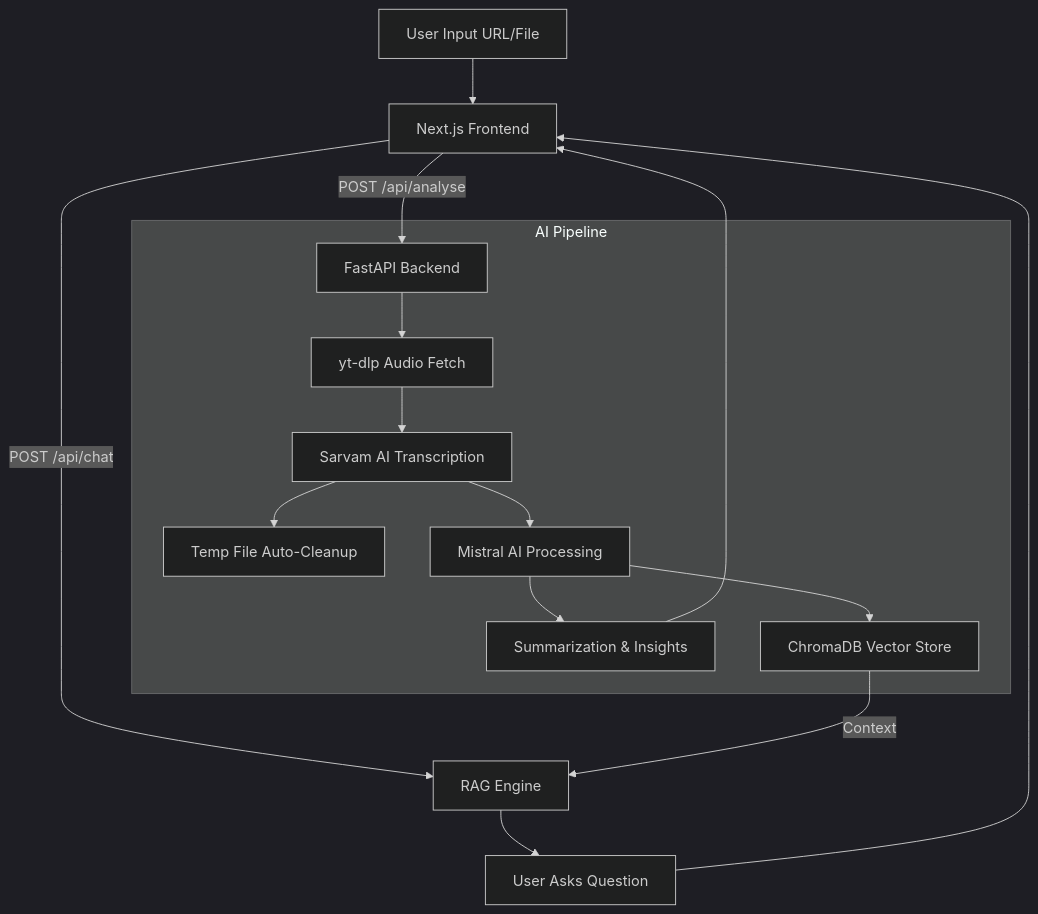
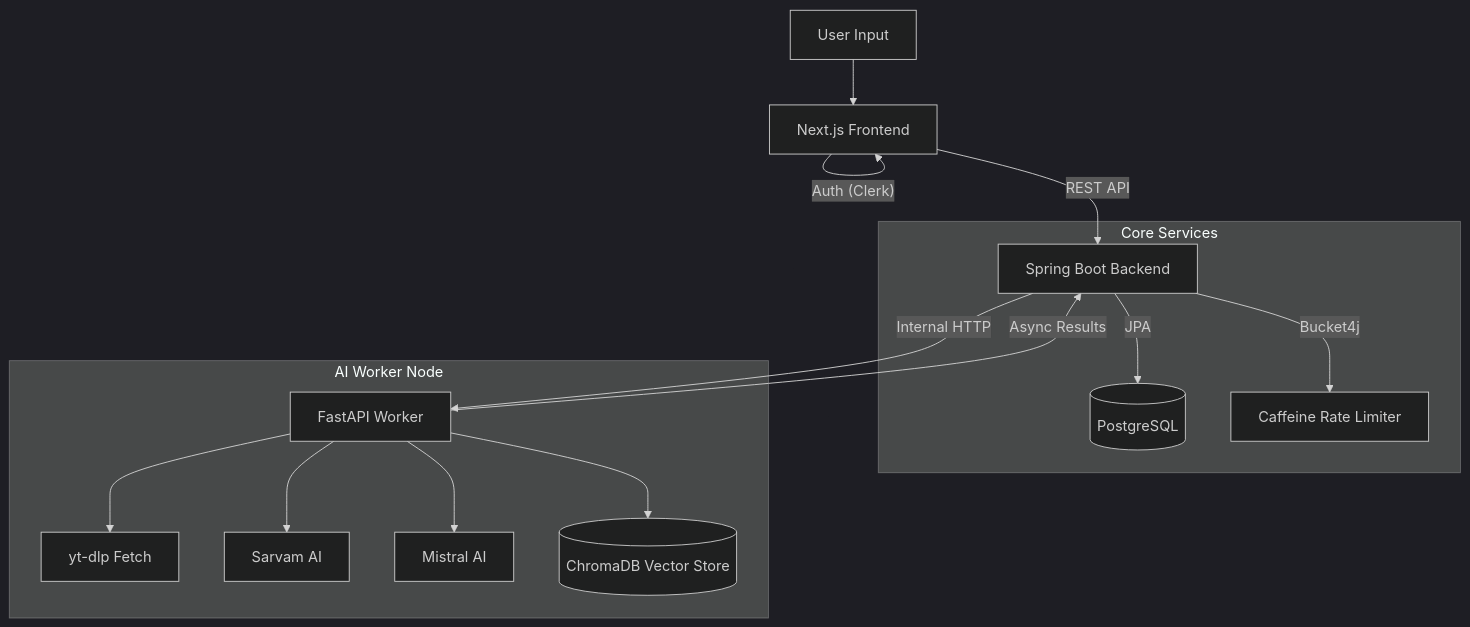
The diagram in README.md (ahadlari/AI-Video-Assistant), drawn with Mermaid (dark theme) before and after one commit. The commit also changed other lines of this file and 40 other files, not shown here.

Commit message:
Added Spring Boot backend, Clerk Auth, and new UI

````diff
--- a/README.md
+++ b/README.md
@@ -25,21 +22,21 @@
 ```mermaid
 graph TD;
-    User[User Input URL/File] --> NextJS[Next.js Frontend]
-    NextJS -- POST /api/analyse --> FastAPI[FastAPI Backend]
+    User[User Input] --> NextJS[Next.js Frontend]
+    NextJS -- "Auth (Clerk)" --> NextJS
+    NextJS -- "REST API" --> SpringBoot[Spring Boot Backend]
     
-    subgraph AI Pipeline
-    FastAPI --> Download[yt-dlp Audio Fetch]
-    Download --> Transcribe[Sarvam AI Transcription]
-    Transcribe --> Delete[Temp File Auto-Cleanup]
-    Transcribe --> Mistral[Mistral AI Processing]
-    Mistral --> Summary[Summarization & Insights]
-    Mistral --> Chroma[ChromaDB Vector Store]
+    subgraph Core Services
+    SpringBoot -- "JPA" --> Postgres[(PostgreSQL)]
+    SpringBoot -- "Bucket4j" --> Cache[Caffeine Rate Limiter]
     end
-
-    Summary --> NextJS
     
-    UserChat[User Asks Question] --> NextJS
-    NextJS -- POST /api/chat --> RAG[RAG Engine]
-    Chroma -- Context --> RAG
-    RAG --> UserChat
+    subgraph AI Worker Node
+    SpringBoot -- "Internal HTTP" --> FastAPI[FastAPI Worker]
+    FastAPI --> Download[yt-dlp Fetch]
+    FastAPI --> Transcribe[Sarvam AI]
+    FastAPI --> Mistral[Mistral AI]
+    FastAPI --> Chroma[(ChromaDB Vector Store)]
+    end
+    
+    FastAPI -- "Async Results" --> SpringBoot
 ```
````
